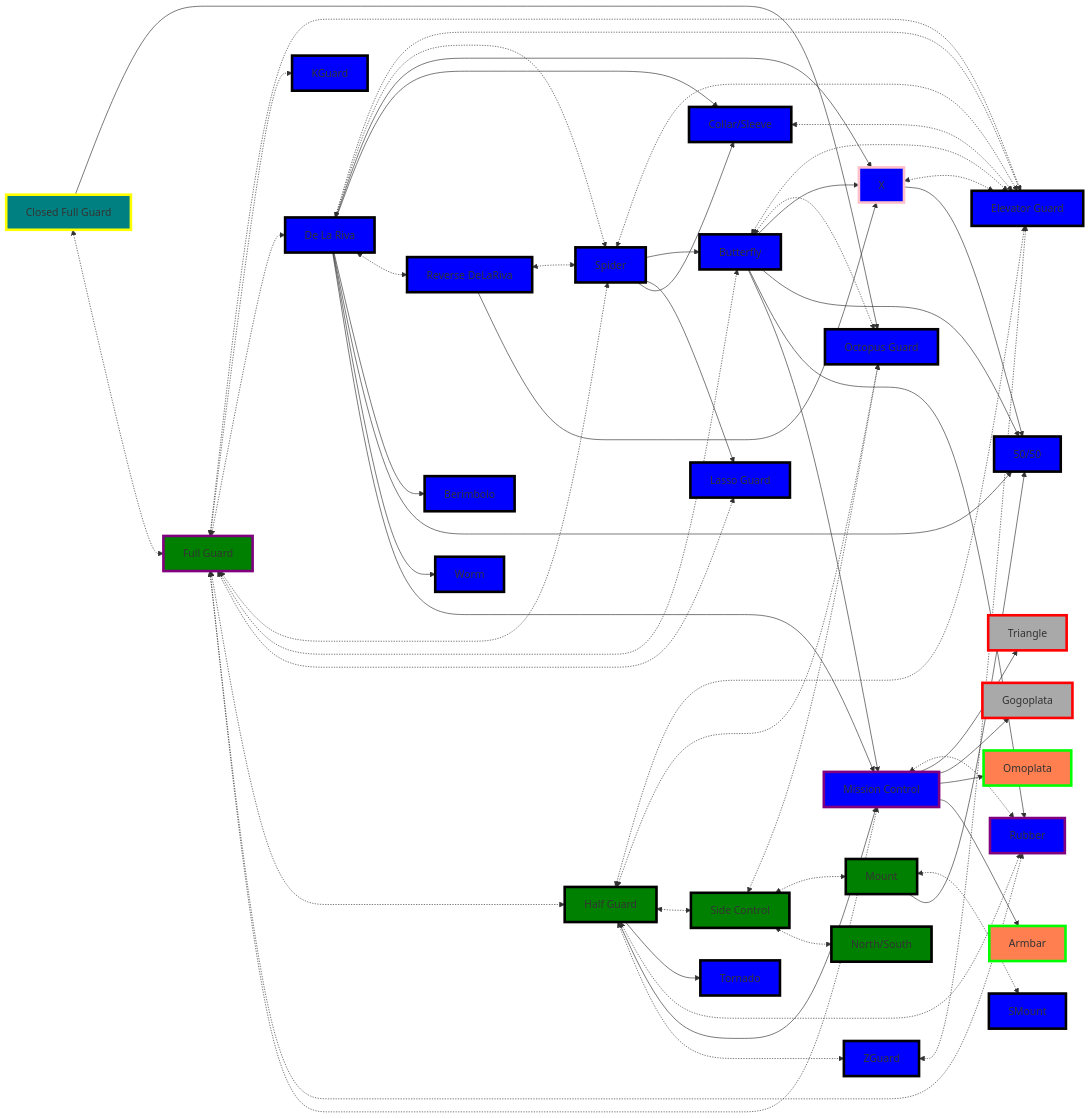
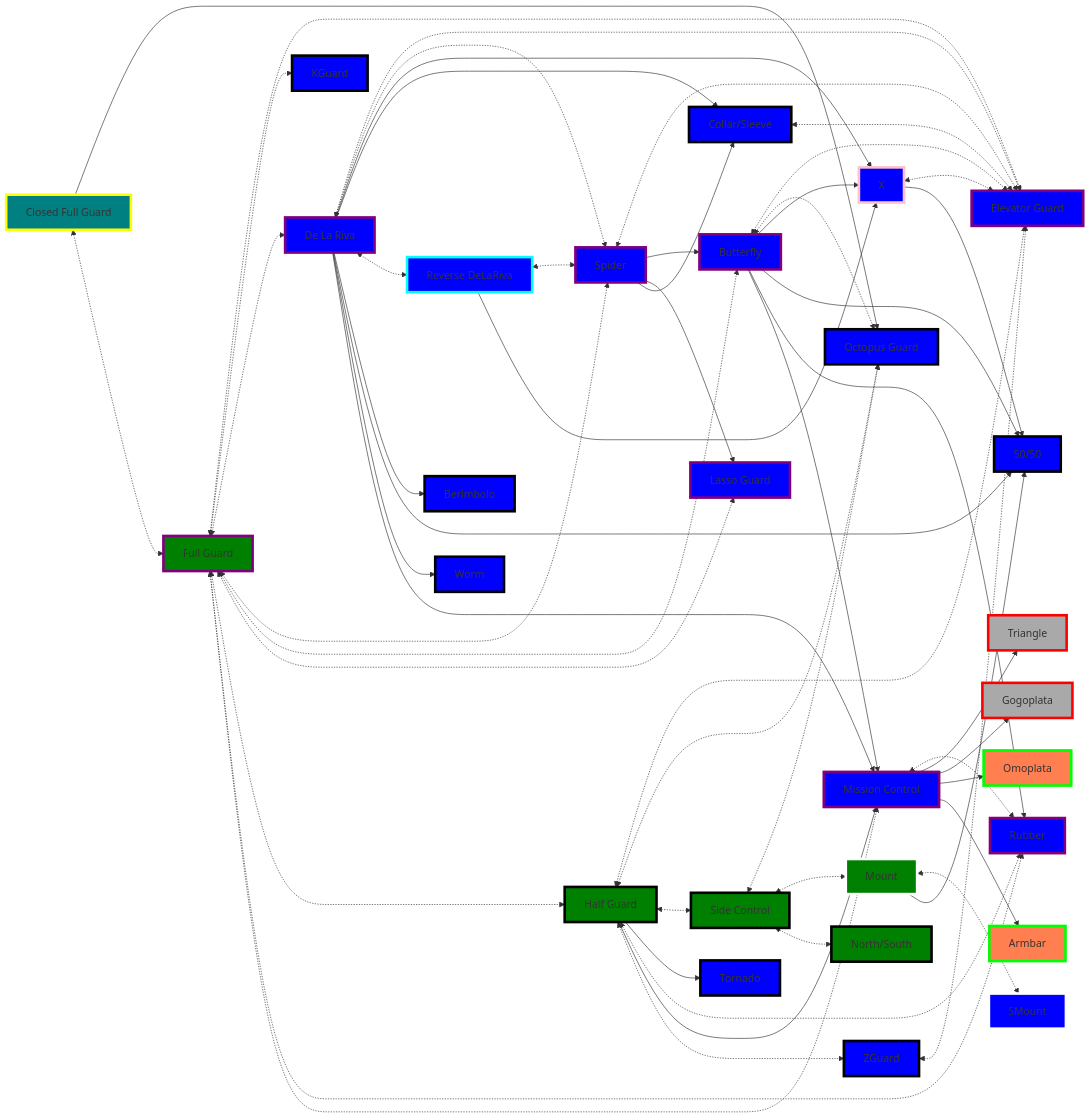
The first of 4 diagrams in _Fitness/BJJ Priority Flows.md (jacgit18/DevHiveMind), drawn with Mermaid before and after one commit. The commit also changed other lines of this file, not shown here.

Commit message:
M "_Fitness/BJJ Priority Flows.md"

```diff
--- a/_Fitness/BJJ Priority Flows.md
+++ b/_Fitness/BJJ Priority Flows.md
@@ -110,7 +110,7 @@
 	R --> 3 
 	R --> 4 
 
-style SMount fill:blue,stroke:black,stroke-width:4px,shadow:shadow
+style SMount fill:blue,stroke:white,stroke-width:4px,shadow:shadow
 
 style OctopusGuard fill:blue,stroke:black,stroke-width:4px,shadow:shadow
 
@@ -118,17 +118,17 @@
 
 style KGuard fill:blue,stroke:black,stroke-width:4px,shadow:shadow
 
-style ElevatorGuard fill:blue,stroke:black,stroke-width:4px,shadow:shadow
+style ElevatorGuard fill:blue,stroke:purple,stroke-width:4px,shadow:shadow
 
 style A fill:green,stroke:purple,stroke-width:4px,shadow:shadow
 
-style B fill:blue,stroke:black,stroke-width:4px,shadow:shadow
+style B fill:blue,stroke:purple,stroke-width:4px,shadow:shadow
 
-style C fill:blue,stroke:black,stroke-width:4px,shadow:shadow
+style C fill:blue,stroke:purple,stroke-width:4px,shadow:shadow
 
-style D fill:blue,stroke:black,stroke-width:4px,shadow:shadow
+style D fill:blue,stroke:purple,stroke-width:4px,shadow:shadow
 
-style E fill:blue,stroke:black,stroke-width:4px,shadow:shadow
+style E fill:blue,stroke:purple,stroke-width:4px,shadow:shadow
 
 style F fill:blue,stroke:pink,stroke-width:4px,shadow:shadow
 
@@ -138,11 +138,11 @@
 
 style I fill:green,stroke:black,stroke-width:4px,shadow:shadow
 
-style J fill:green,stroke:black,stroke-width:4px,shadow:shadow
+style J fill:green,stroke:white,stroke-width:4px,shadow:shadow
 
 style K fill:green,stroke:black,stroke-width:4px,shadow:shadow
 
-style L fill:blue,stroke:black,stroke-width:4px,shadow:shadow
+style L fill:blue,stroke:Cyan,stroke-width:4px,shadow:shadow
 
 style M fill:blue,stroke:black,stroke-width:4px,shadow:shadow
 
```
